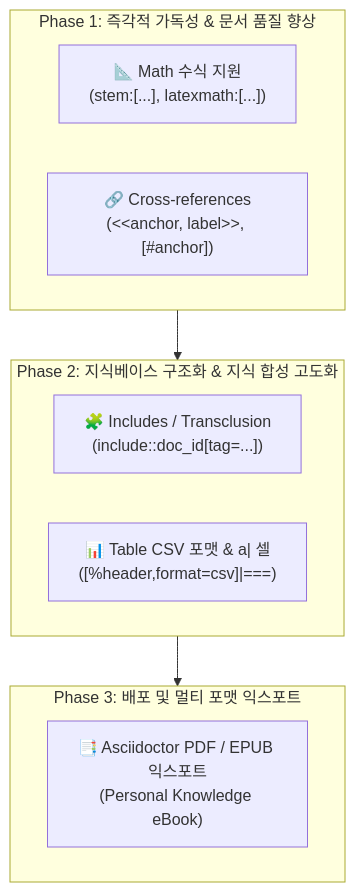
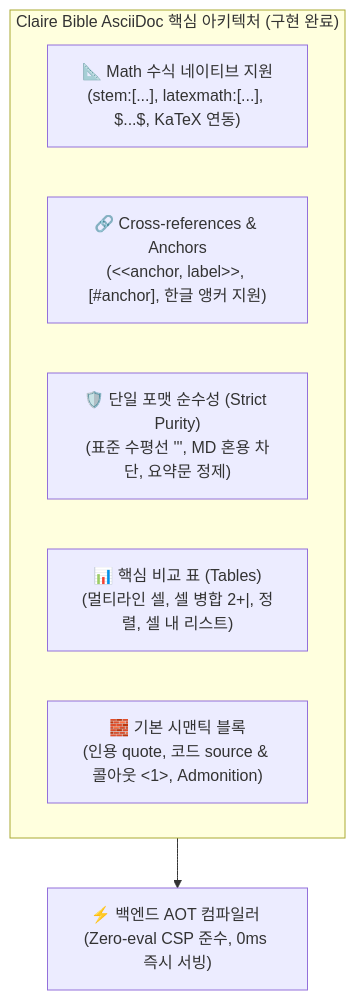
One commit to fofwisdom/claire-bible changed the diagram in docs/origin/design/ASCIIDOC_ENHANCEMENT_DESIGN.md. Above: the diagram before and after it, drawn with Mermaid. The commit also changed other lines of this file and 2 other files, not shown here.

First line of the commit message:
docs(adoc): finalize AsciiDoc spec and defer export to file bundling design

````diff
--- a/docs/origin/design/ASCIIDOC_ENHANCEMENT_DESIGN.md
+++ b/docs/origin/design/ASCIIDOC_ENHANCEMENT_DESIGN.md
@@ -36,18 +38,12 @@
 ```mermaid
 flowchart TD
-    subgraph Phase1["Phase 1: 즉각적 가독성 & 문서 품질 향상"]
-        M["📐 Math 수식 지원<br>(stem:[...], latexmath:[...])"]
-        X["🔗 Cross-references<br>(&lt;&lt;anchor, label&gt;&gt;, [#anchor])"]
+    subgraph Core["Claire Bible AsciiDoc 핵심 아키텍처 (구현 완료)"]
+        M["📐 Math 수식 네이티브 지원<br>(stem:[...], latexmath:[...], $...$, KaTeX 연동)"]
+        X["🔗 Cross-references & Anchors<br>(&lt;&lt;anchor, label&gt;&gt;, [#anchor], 한글 앵커 지원)"]
+        P["🛡️ 단일 포맷 순수성 (Strict Purity)<br>(표준 수평선 ''', MD 혼용 차단, 요약문 정제)"]
+        T["📊 핵심 비교 표 (Tables)<br>(멀티라인 셀, 셀 병합 2+|, 정렬, 셀 내 리스트)"]
+        B["🧱 기본 시맨틱 블록<br>(인용 quote, 코드 source & 콜아웃 &lt;1&gt;, Admonition)"]
     end
 
-    subgraph Phase2["Phase 2: 지식베이스 구조화 & 지식 합성 고도화"]
-        I["🧩 Includes / Transclusion<br>(include::doc_id[tag=...])"]
-        T["📊 Table CSV 포맷 & a| 셀<br>([%header,format=csv]|===)"]
-    end
-
-    subgraph Phase3["Phase 3: 배포 및 멀티 포맷 익스포트"]
-        E["📑 Asciidoctor PDF / EPUB 익스포트<br>(Personal Knowledge eBook)"]
-    end
-
-    Phase1 --> Phase2 --> Phase3
+    Core --> AOT["⚡ 백엔드 AOT 컴파일러 (Zero-eval CSP 준수, 0ms 즉시 서빙)"]
 ```
````
